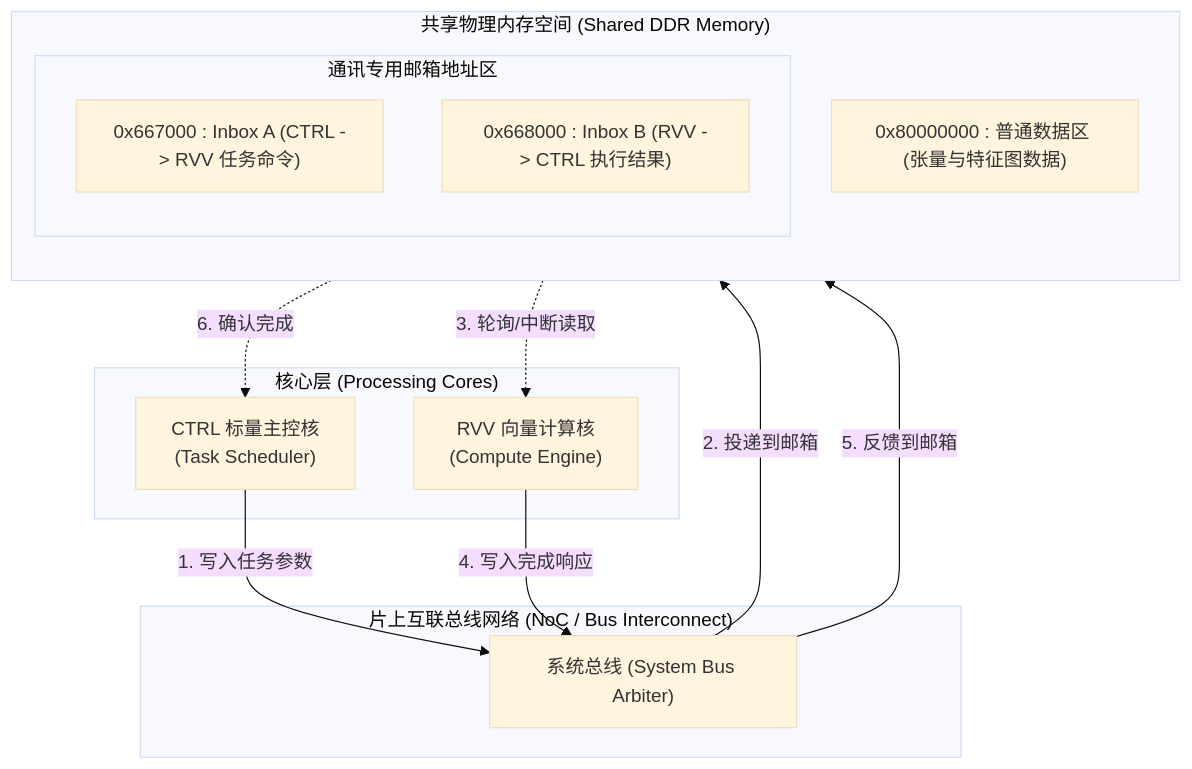
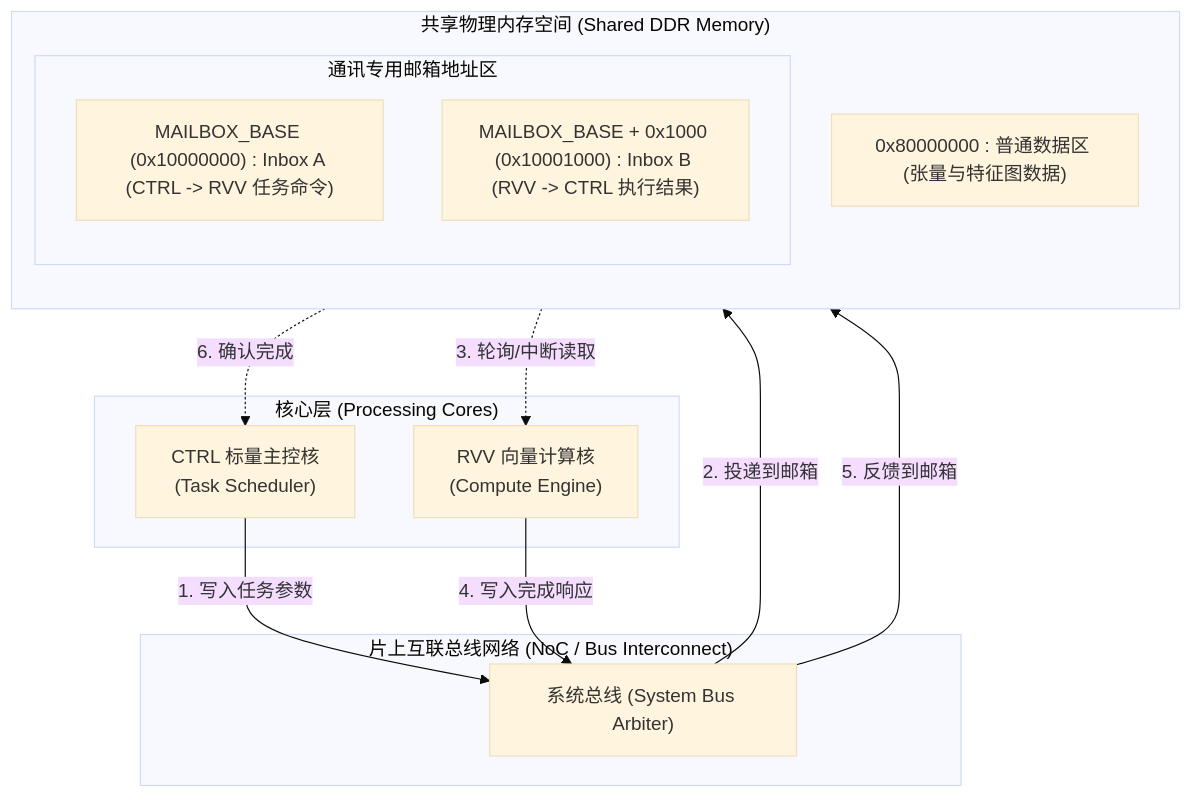
One commit to hqu-little-boy/blog changed the third of 12 diagrams in src/content/posts/heterogeneous-dual-core-communication-cache-coherence-and-mmio-guide.md. Above: the diagram before and after it, drawn with Mermaid (base theme). The commit also changed other lines of this file, not shown here.

````diff
--- a/src/content/posts/heterogeneous-dual-core-communication-cache-coherence-and-mmio-guide.md
+++ b/src/content/posts/heterogeneous-dual-core-communication-cache-coherence-and-mmio-guide.md
@@ -103,27 +103,27 @@
 ```mermaid
 flowchart TD
     subgraph CoreDomain ["核心层 (Processing Cores)"]
         CTRL["CTRL 标量主控核<br>(Task Scheduler)"]
         RVV["RVV 向量计算核<br>(Compute Engine)"]
     end
 
     subgraph Interconnect ["片上互联总线网络 (NoC / Bus Interconnect)"]
         BUS["系统总线 (System Bus Arbiter)"]
     end
 
     subgraph MemoryDomain ["共享物理内存空间 (Shared DDR Memory)"]
         direction TB
         subgraph MailboxMem ["通讯专用邮箱地址区"]
-            INBOX_A["0x667000 : Inbox A (CTRL -> RVV 任务命令)"]
-            INBOX_B["0x668000 : Inbox B (RVV -> CTRL 执行结果)"]
+            INBOX_A["MAILBOX_BASE (0x10000000) : Inbox A (CTRL -> RVV 任务命令)"]
+            INBOX_B["MAILBOX_BASE + 0x1000 (0x10001000) : Inbox B (RVV -> CTRL 执行结果)"]
         end
         NORMAL_DDR["0x80000000 : 普通数据区 (张量与特征图数据)"]
     end
 
     CTRL -->|"1. 写入任务参数"| BUS
     BUS -->|"2. 投递到邮箱"| INBOX_A
     INBOX_A -.->|"3. 轮询/中断读取"| RVV
     RVV -->|"4. 写入完成响应"| BUS
     BUS -->|"5. 反馈到邮箱"| INBOX_B
     INBOX_B -.->|"6. 确认完成"| CTRL
 ```
````
